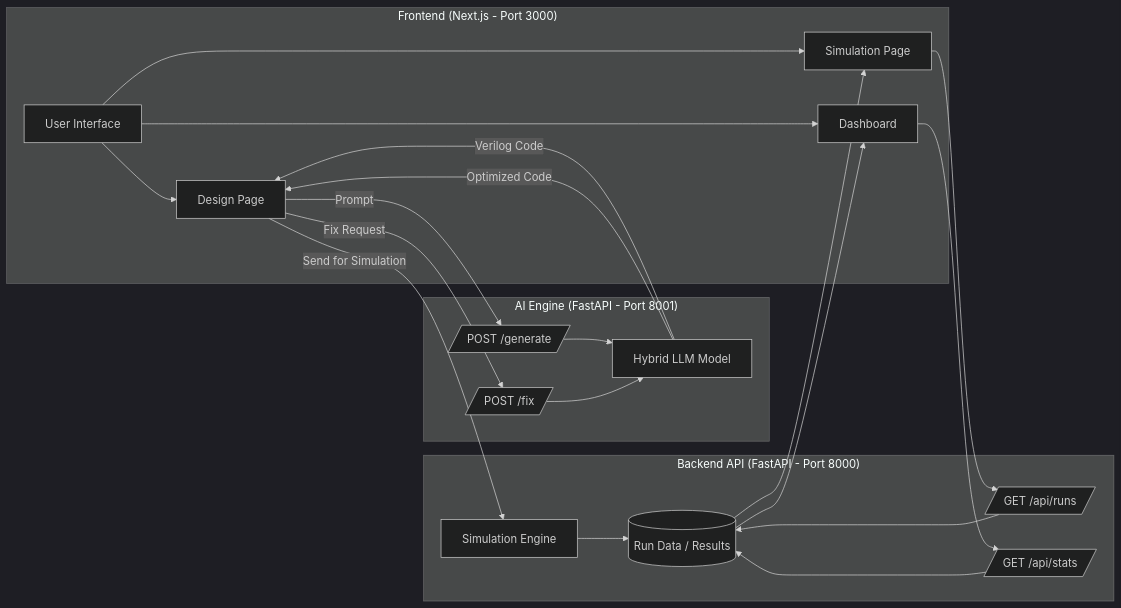
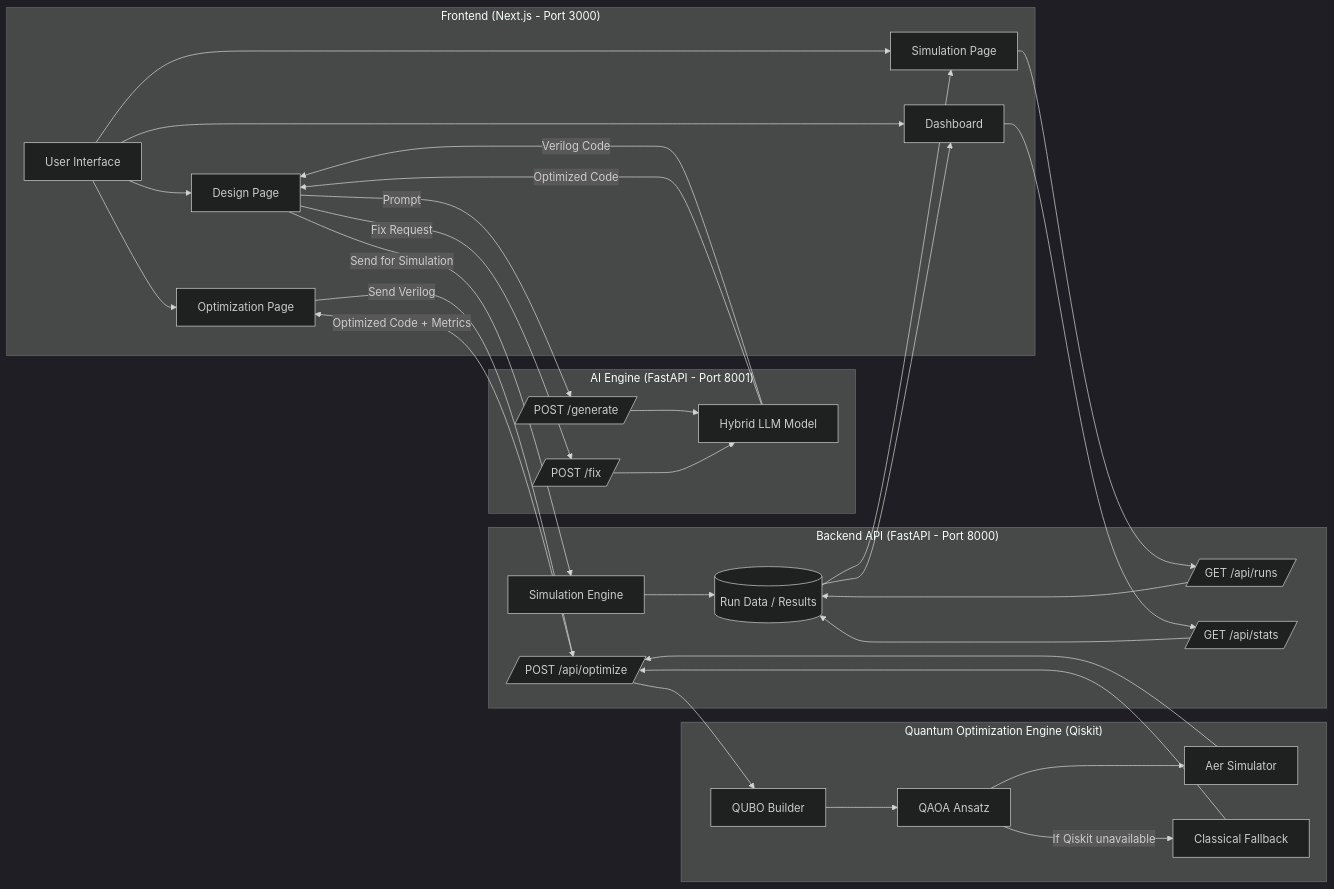
One commit to Sanjana-Devi-67/VLSI-DESIGN-APPLICATION changed the diagram in README.md. Above: the diagram before and after it, drawn with Mermaid (dark theme). The commit also changed other lines of this file, not shown here.

````diff
--- a/README.md
+++ b/README.md
@@ -54,53 +55,77 @@
 ```mermaid
 flowchart LR
 
 %% ---------------- FRONTEND ----------------
 subgraph Frontend ["Frontend (Next.js - Port 3000)"]
     UI[User Interface]
     DesignPage[Design Page]
     SimulationPage[Simulation Page]
+    OptimizationPage[Optimization Page]
     Dashboard[Dashboard]
 end
 
 %% ---------------- AI ENGINE ----------------
 subgraph AIEngine ["AI Engine (FastAPI - Port 8001)"]
     GenerateAPI[/POST /generate/]
     FixAPI[/POST /fix/]
     LLM[Hybrid LLM Model]
 end
 
 %% ---------------- BACKEND ----------------
 subgraph Backend ["Backend API (FastAPI - Port 8000)"]
     RunsAPI[/GET /api/runs/]
     StatsAPI[/GET /api/stats/]
     SimulationEngine[Simulation Engine]
+    QuantumAPI[/POST /api/optimize/]
     Storage[(Run Data / Results)]
+end
+
+%% ---------------- QUANTUM MODULE ----------------
+subgraph QuantumModule ["Quantum Optimization Engine (Qiskit)"]
+    QUBO[QUBO Builder]
+    QAOA[QAOA Ansatz]
+    Simulator[Aer Simulator]
+    Fallback[Classical Fallback]
 end
 
 %% ---------------- FLOW ----------------
 
 UI --> DesignPage
 UI --> SimulationPage
 UI --> Dashboard
+UI --> OptimizationPage
 
+%% AI Flow
 DesignPage -->|Prompt| GenerateAPI
 GenerateAPI --> LLM
 LLM -->|Verilog Code| DesignPage
 
 DesignPage -->|Fix Request| FixAPI
 FixAPI --> LLM
 LLM -->|Optimized Code| DesignPage
 
+%% Quantum Optimization Flow
+OptimizationPage -->|Send Verilog| QuantumAPI
+QuantumAPI --> QUBO
+QUBO --> QAOA
+QAOA --> Simulator
+Simulator --> QuantumAPI
+
+QAOA -->|If Qiskit unavailable| Fallback
+Fallback --> QuantumAPI
+
+QuantumAPI -->|Optimized Code + Metrics| OptimizationPage
+
+%% Simulation Flow
 DesignPage -->|Send for Simulation| SimulationEngine
-
 SimulationEngine --> Storage
 
 SimulationPage --> RunsAPI
 RunsAPI --> Storage
 Storage --> SimulationPage
 
 Dashboard --> StatsAPI
 StatsAPI --> Storage
 Storage --> Dashboard
 
 ```
````
